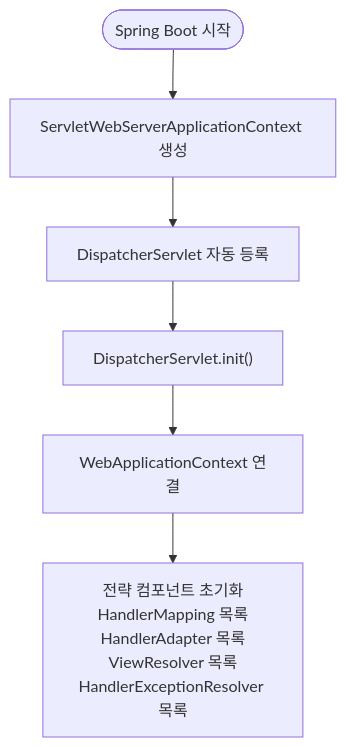
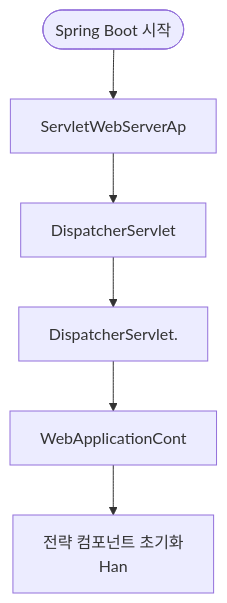
Before and after one commit to yjkim2015/yjkim2015.github.io: the second of 6 diagrams in _posts/spring/2026-05-01-spring-mvc.md, drawn with Mermaid. The commit also changed other lines of this file and 271 other files, not shown here.

First line of the commit message:
Mermaid 라벨 축소: 긴 노드 텍스트 18자 이하로 트림 + \n 제거

````diff
--- a/_posts/spring/2026-05-01-spring-mvc.md
+++ b/_posts/spring/2026-05-01-spring-mvc.md
@@ -33,8 +33,8 @@
 ```mermaid
 graph TD
-    A(["Spring Boot 시작"]) --> B["ServletWebServerApplicationContext 생성"]
-    B --> C["DispatcherServlet 자동 등록"]
-    C --> D["DispatcherServlet.init()"]
-    D --> E["WebApplicationContext 연결"]
-    E --> F["전략 컴포넌트 초기화<br>HandlerMapping 목록<br>HandlerAdapter 목록<br>ViewResolver 목록<br>HandlerExceptionResolver 목록"]
+    A(["Spring Boot 시작"]) --> B["ServletWebServerAp"]
+    B --> C["DispatcherServlet"]
+    C --> D["DispatcherServlet."]
+    D --> E["WebApplicationCont"]
+    E --> F["전략 컴포넌트 초기화<br>Han"]
 ```
````
